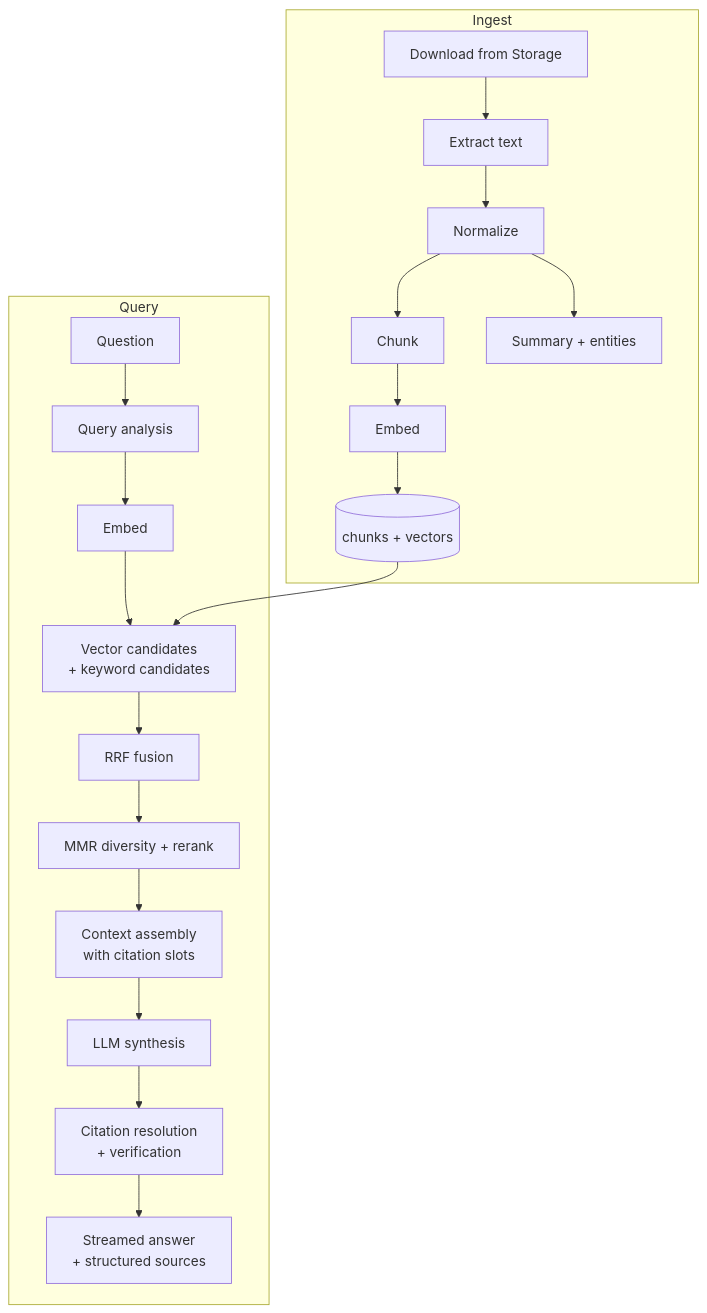
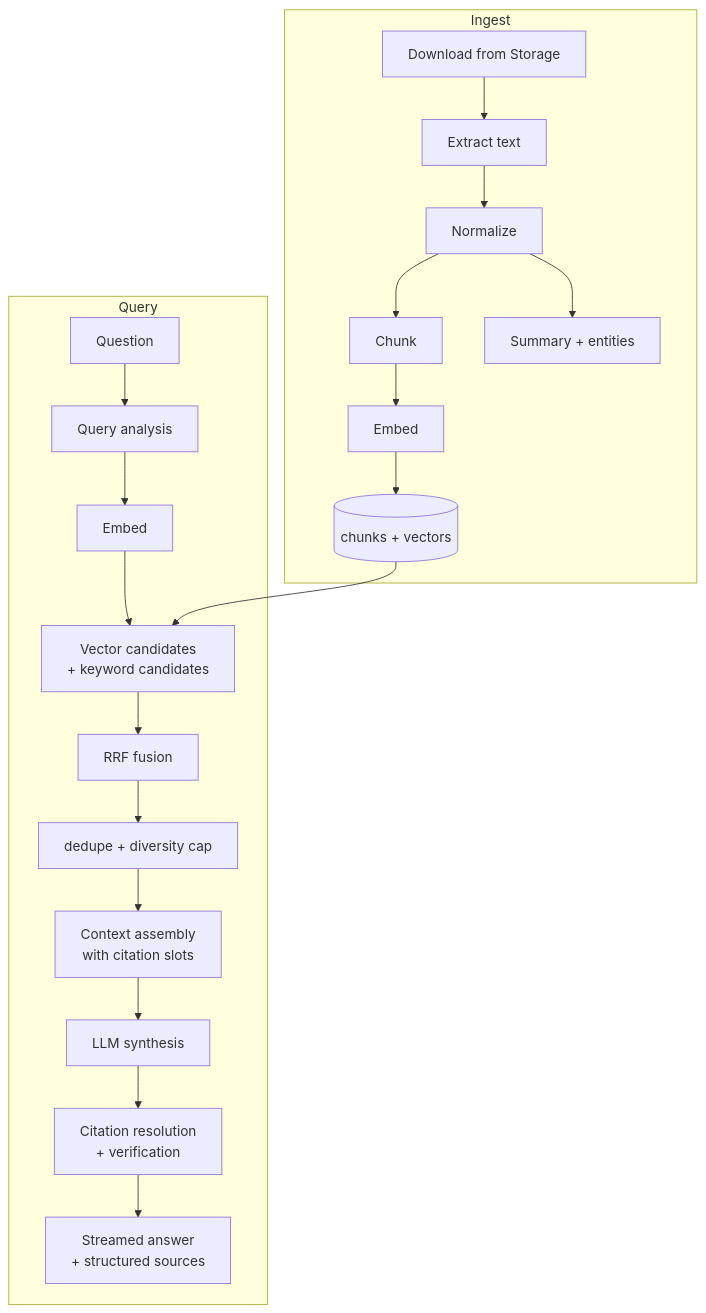
The diagram in docs/RAG-PIPELINE.md (nagami1917/AiPersonalBrainProject), drawn with Mermaid before and after one commit. The commit also changed other lines of this file and 43 other files, not shown here.

````diff
--- a/docs/RAG-PIPELINE.md
+++ b/docs/RAG-PIPELINE.md
@@ -10,23 +10,23 @@
 ```mermaid
 flowchart TB
   subgraph Ingest
     D1[Download from Storage] --> D2[Extract text]
     D2 --> D3[Normalize]
     D3 --> D4[Chunk]
     D4 --> D5[Embed]
     D5 --> D6[(chunks + vectors)]
     D3 --> D7[Summary + entities]
   end
   subgraph Query
     Q1[Question] --> Q2[Query analysis]
     Q2 --> Q3[Embed]
     Q3 --> Q4[Vector candidates<br/>+ keyword candidates]
     Q4 --> Q5[RRF fusion]
-    Q5 --> Q6[MMR diversity + rerank]
+    Q5 --> Q6[dedupe + diversity cap]
     Q6 --> Q7[Context assembly<br/>with citation slots]
     Q7 --> Q8[LLM synthesis]
     Q8 --> Q9[Citation resolution<br/>+ verification]
     Q9 --> Q10[Streamed answer<br/>+ structured sources]
   end
   D6 --> Q4
 ```
````
